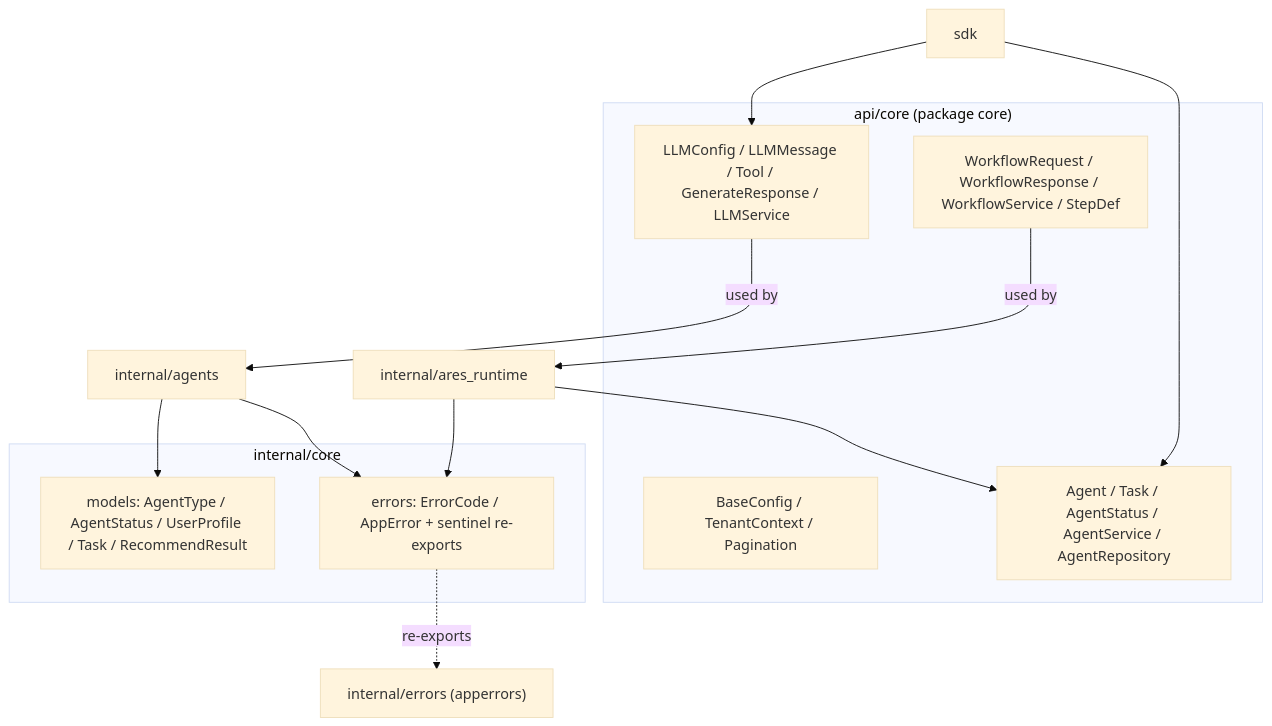
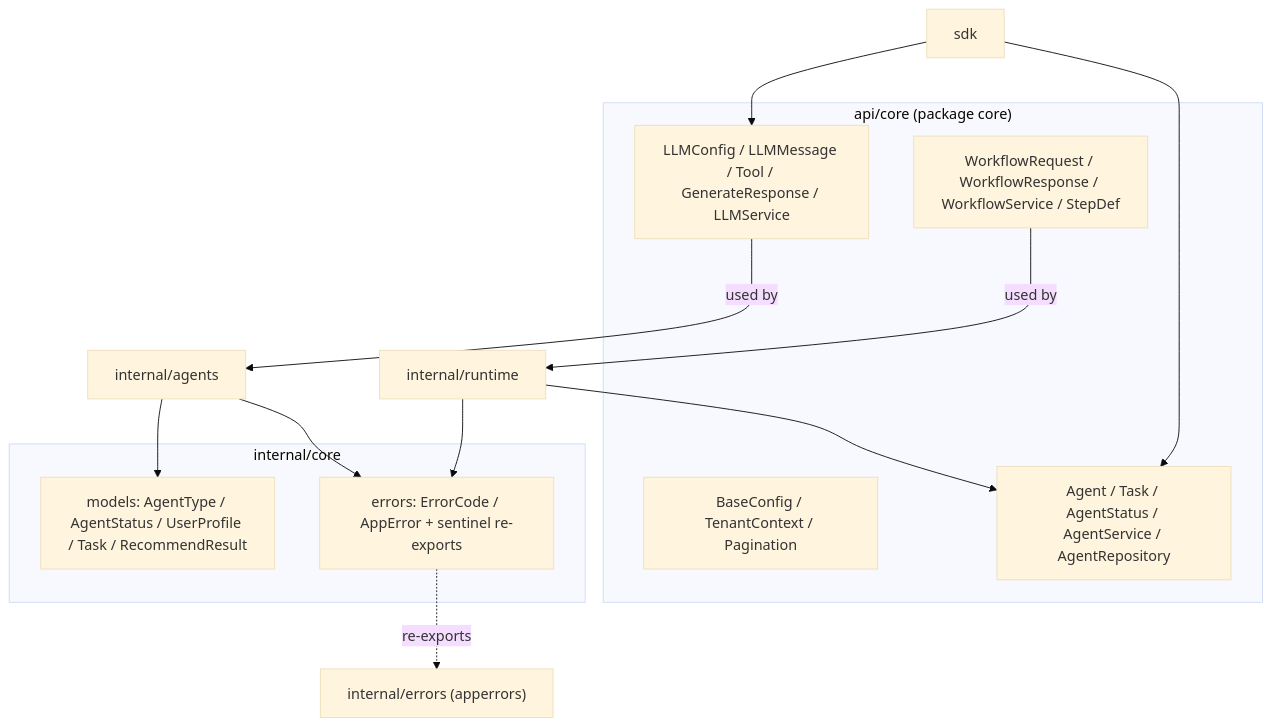
The diagram in content/modules/core.en.md (Timwood0x10/ARES_Docs), drawn with Mermaid (base theme) before and after one commit. The commit also changed other lines of this file and 75 other files, not shown here.

Commit message:
docs(architecture): Update runtime layering and ARES Kernel documentation

````diff
--- a/content/modules/core.en.md
+++ b/content/modules/core.en.md
@@ -39,22 +46,22 @@
 ```mermaid
 flowchart TD
     subgraph API["api/core (package core)"]
         BC["BaseConfig / TenantContext / Pagination"]
         LLM["LLMConfig / LLMMessage / Tool / GenerateResponse / LLMService"]
         AGT["Agent / Task / AgentStatus / AgentService / AgentRepository"]
         WF["WorkflowRequest / WorkflowResponse / WorkflowService / StepDef"]
     end
     subgraph INT["internal/core"]
         MDL["models: AgentType / AgentStatus / UserProfile / Task / RecommendResult"]
         ERR["errors: ErrorCode / AppError + sentinel re-exports"]
     end
     SDK["sdk"] --> LLM
     SDK --> AGT
     AGENTS["internal/agents"] --> MDL
     AGENTS --> ERR
-    RT["internal/ares_runtime"] --> AGT
+    RT["internal/runtime"] --> AGT
     RT --> ERR
     LLM --->|"used by"| AGENTS
     WF --->|"used by"| RT
     ERR -.->|"re-exports"| APPE["internal/errors (apperrors)"]
 ```
````
